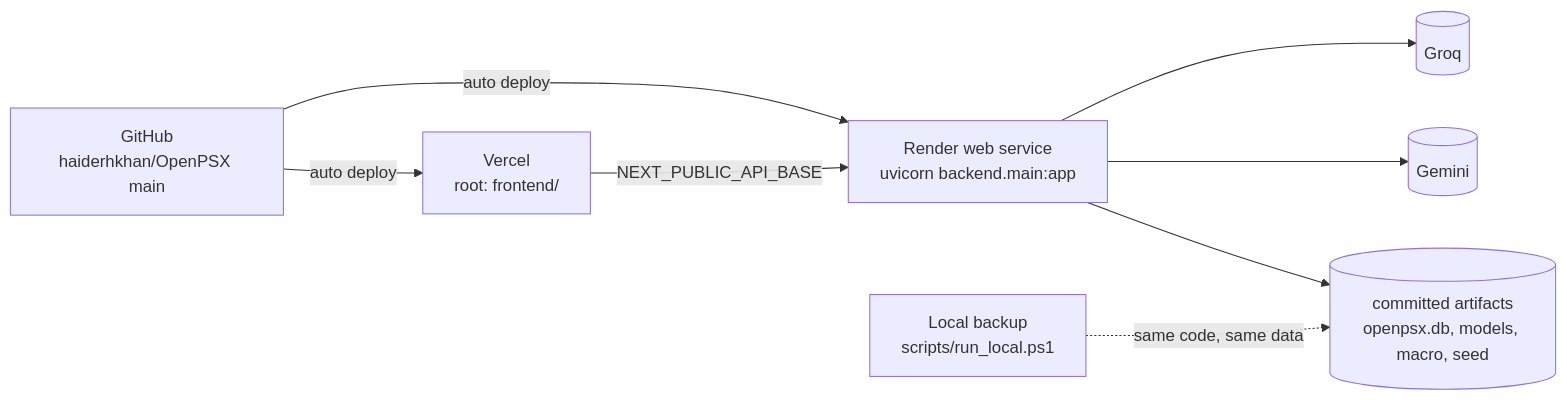
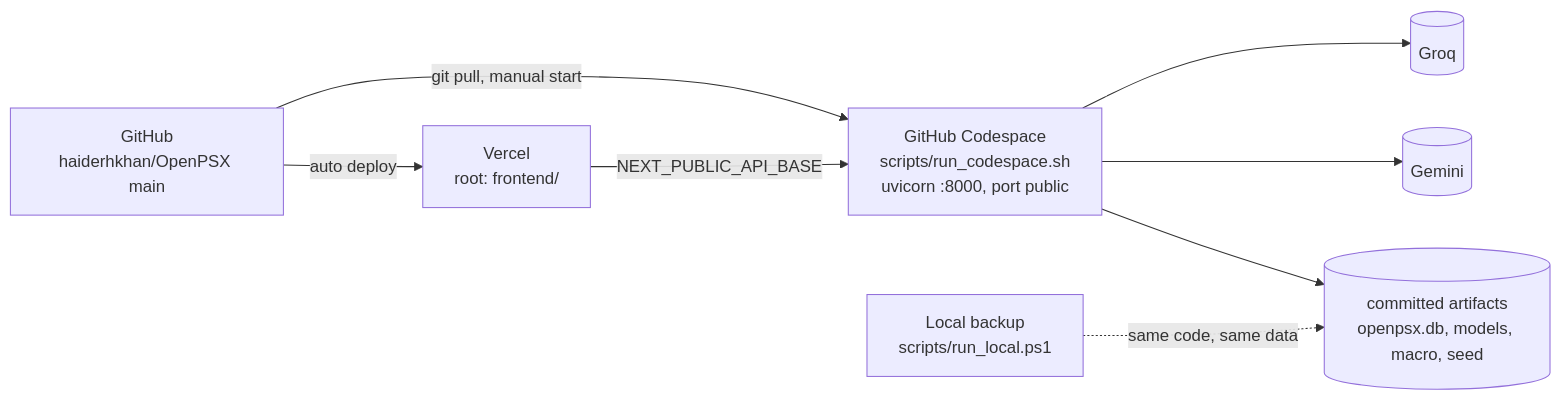
Before and after one commit to haiderhkhan/OpenPSX: the fifth of 6 diagrams in docs/ARCHITECTURE.md, drawn with Mermaid. The commit also changed other lines of this file and 6 other files, not shown here.

Commit message:
[P8-02] Codespaces backend: devcontainer, run_codespace.sh, runbook (D-58)

````diff
--- a/docs/ARCHITECTURE.md
+++ b/docs/ARCHITECTURE.md
@@ -176,10 +176,10 @@
 ```mermaid
 flowchart LR
   gh["GitHub<br/>haiderhkhan/OpenPSX main"] -->|"auto deploy"| vercel["Vercel<br/>root: frontend/"]
-  gh -->|"auto deploy"| render["Render web service<br/>uvicorn backend.main:app"]
-  vercel -->|"NEXT_PUBLIC_API_BASE"| render
-  render --> files[("committed artifacts<br/>openpsx.db, models, macro, seed")]
-  render --> gemini[("Gemini")]
-  render --> groq[("Groq")]
+  gh -->|"git pull, manual start"| cs["GitHub Codespace<br/>scripts/run_codespace.sh<br/>uvicorn :8000, port public"]
+  vercel -->|"NEXT_PUBLIC_API_BASE"| cs
+  cs --> files[("committed artifacts<br/>openpsx.db, models, macro, seed")]
+  cs --> gemini[("Gemini")]
+  cs --> groq[("Groq")]
   laptop["Local backup<br/>scripts/run_local.ps1"] -.->|"same code, same data"| files
 ```
````
